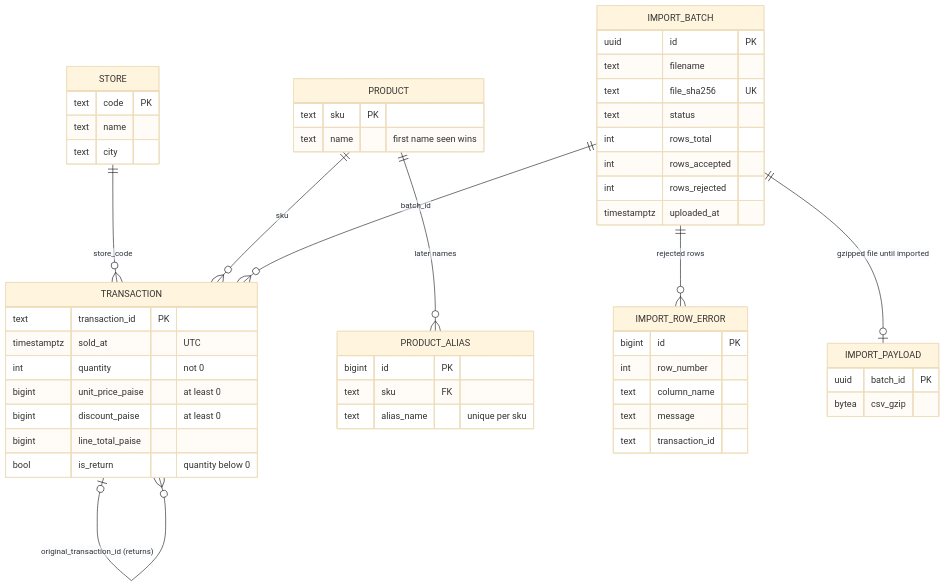
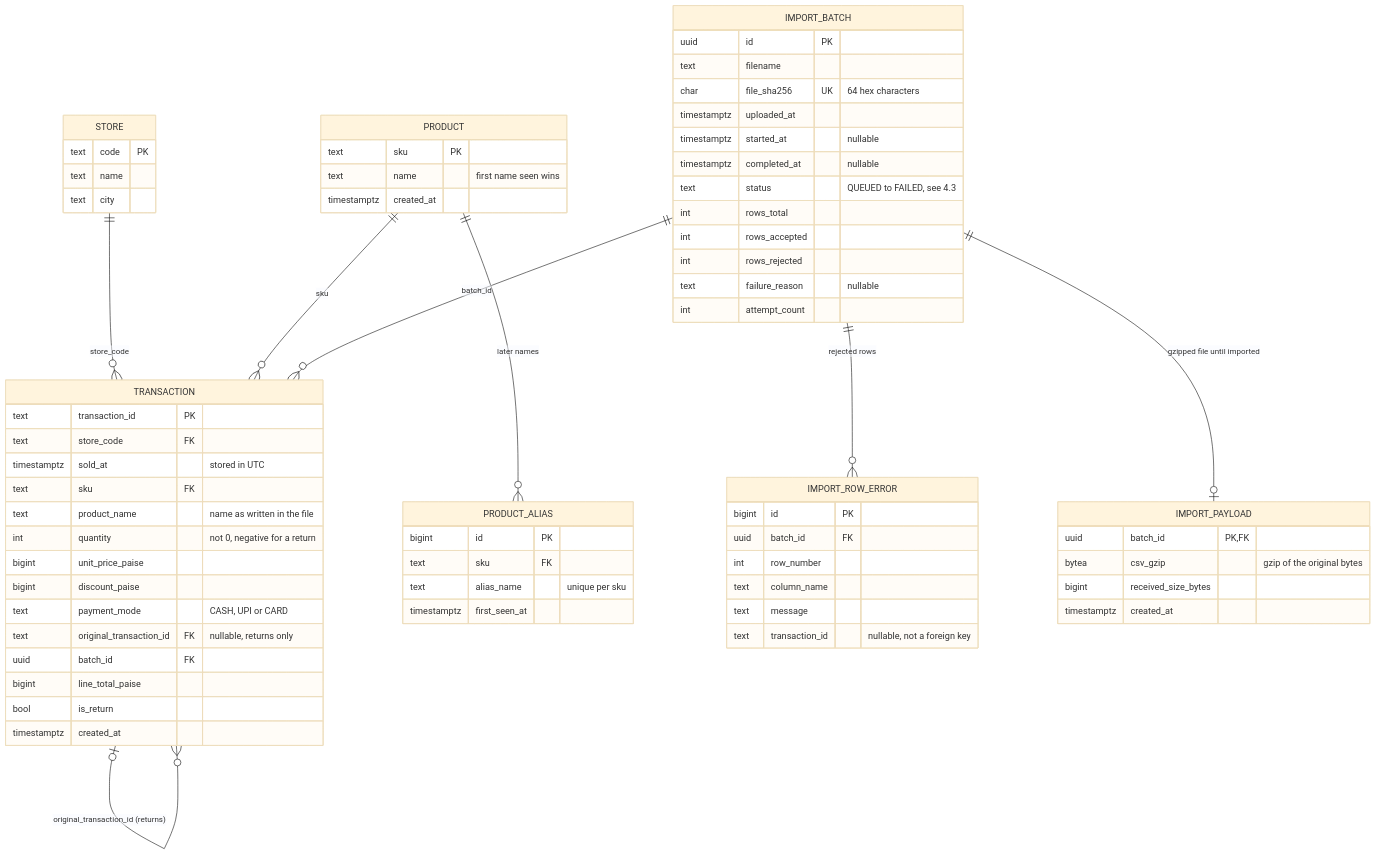
One commit to Arunkumar7070/KJBN-Sales_Import_Dashboard changed the fourth of 6 diagrams in README.md. Above: the diagram before and after it, drawn with Mermaid (base theme). The commit also changed other lines of this file and 2 other files, not shown here.

````diff
--- a/README.md
+++ b/README.md
@@ -141,55 +165,71 @@
 ```mermaid
 erDiagram
     STORE ||--o{ TRANSACTION : "store_code"
     PRODUCT ||--o{ TRANSACTION : "sku"
     PRODUCT ||--o{ PRODUCT_ALIAS : "later names"
     IMPORT_BATCH ||--o{ TRANSACTION : "batch_id"
     IMPORT_BATCH ||--o{ IMPORT_ROW_ERROR : "rejected rows"
     IMPORT_BATCH ||--o| IMPORT_PAYLOAD : "gzipped file until imported"
     TRANSACTION |o--o{ TRANSACTION : "original_transaction_id (returns)"
 
     STORE {
         text code PK
         text name
         text city
     }
     PRODUCT {
         text sku PK
         text name "first name seen wins"
+        timestamptz created_at
     }
     PRODUCT_ALIAS {
         bigint id PK
         text sku FK
         text alias_name "unique per sku"
+        timestamptz first_seen_at
     }
     IMPORT_BATCH {
         uuid id PK
         text filename
-        text file_sha256 UK
-        text status
+        char file_sha256 UK "64 hex characters"
+        timestamptz uploaded_at
+        timestamptz started_at "nullable"
+        timestamptz completed_at "nullable"
+        text status "QUEUED to FAILED, see 4.3"
         int rows_total
         int rows_accepted
         int rows_rejected
-        timestamptz uploaded_at
+        text failure_reason "nullable"
+        int attempt_count
     }
     IMPORT_PAYLOAD {
-        uuid batch_id PK
-        bytea csv_gzip
+        uuid batch_id PK, FK
+        bytea csv_gzip "gzip of the original bytes"
+        bigint received_size_bytes
+        timestamptz created_at
     }
     TRANSACTION {
         text transaction_id PK
-        timestamptz sold_at "UTC"
-        int quantity "not 0"
-        bigint unit_price_paise "at least 0"
-        bigint discount_paise "at least 0"
+        text store_code FK
+        timestamptz sold_at "stored in UTC"
+        text sku FK
+        text product_name "name as written in the file"
+        int quantity "not 0, negative for a return"
+        bigint unit_price_paise
+        bigint discount_paise
+        text payment_mode "CASH, UPI or CARD"
+        text original_transaction_id FK "nullable, returns only"
+        uuid batch_id FK
         bigint line_total_paise
-        bool is_return "quantity below 0"
+        bool is_return
+        timestamptz created_at
     }
     IMPORT_ROW_ERROR {
         bigint id PK
+        uuid batch_id FK
         int row_number
         text column_name
         text message
-        text transaction_id
+        text transaction_id "nullable, not a foreign key"
     }
 ```
````
